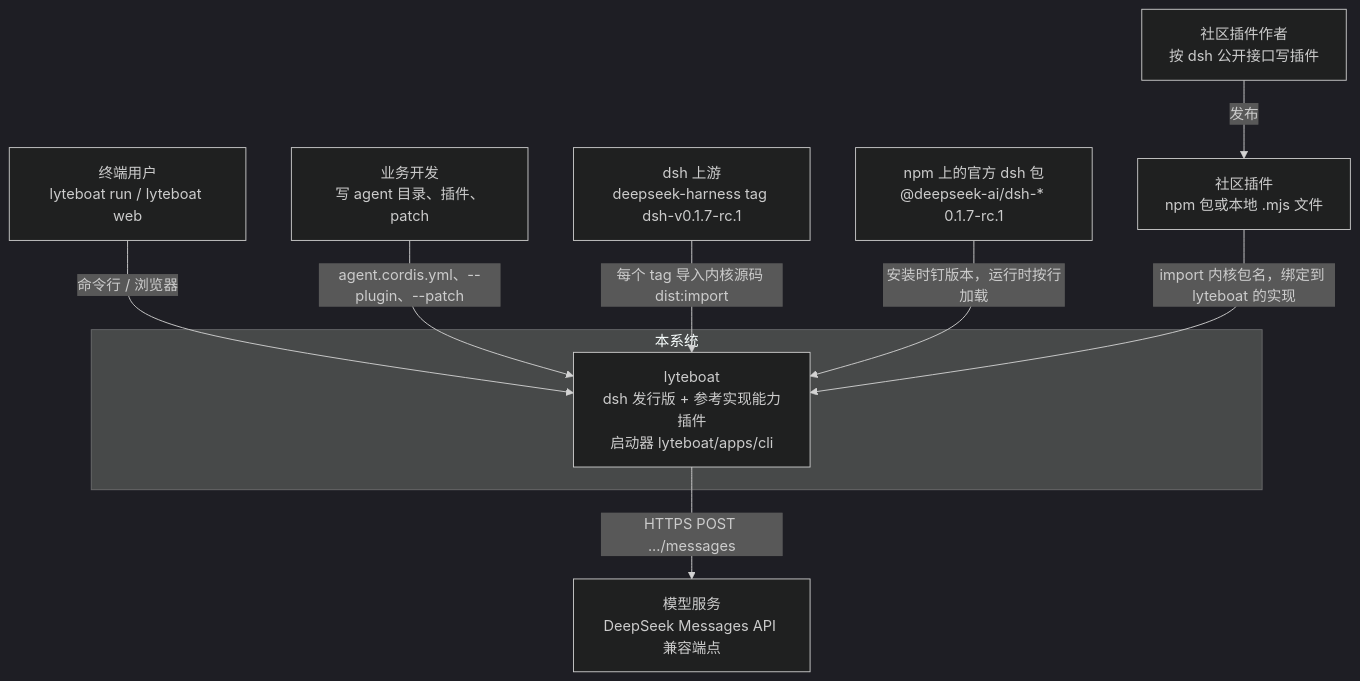
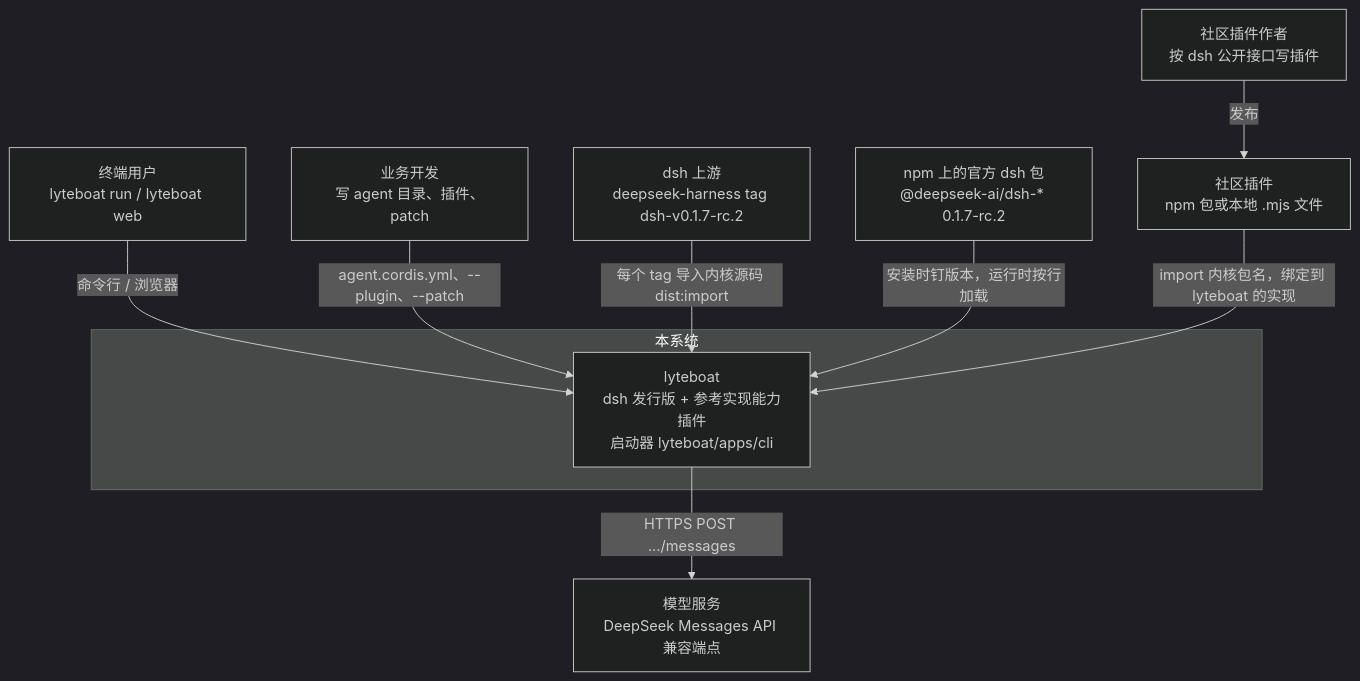
One commit to lyteboat/boat changed the first of 11 diagrams in docs/01-architecture.md. Above: the diagram before and after it, drawn with Mermaid (dark theme). The commit also changed other lines of this file, not shown here.

````diff
--- a/docs/01-architecture.md
+++ b/docs/01-architecture.md
@@ -68,20 +68,20 @@
 ```mermaid
 flowchart TB
   user["终端用户<br/>lyteboat run / lyteboat web"]
   dev["业务开发<br/>写 agent 目录、插件、patch"]
   author["社区插件作者<br/>按 dsh 公开接口写插件"]
   subgraph SYS["本系统"]
     lyteboat["lyteboat<br/>dsh 发行版 + 参考实现能力插件<br/>启动器 lyteboat/apps/cli"]
   end
-  upstream["dsh 上游<br/>deepseek-harness tag dsh-v0.1.7-rc.1"]
-  npm["npm 上的官方 dsh 包<br/>@deepseek-ai/dsh-* 0.1.7-rc.1"]
+  upstream["dsh 上游<br/>deepseek-harness tag dsh-v0.1.7-rc.2"]
+  npm["npm 上的官方 dsh 包<br/>@deepseek-ai/dsh-* 0.1.7-rc.2"]
   cplug["社区插件<br/>npm 包或本地 .mjs 文件"]
   model["模型服务<br/>DeepSeek Messages API 兼容端点"]
   user -->|"命令行 / 浏览器"| lyteboat
   dev -->|"agent.cordis.yml、--plugin、--patch"| lyteboat
   upstream -->|"每个 tag 导入内核源码 dist:import"| lyteboat
   npm -->|"安装时钉版本，运行时按行加载"| lyteboat
   author -->|"发布"| cplug
   cplug -->|"import 内核包名，绑定到 lyteboat 的实现"| lyteboat
   lyteboat -->|"HTTPS POST .../messages"| model
 ```
````
